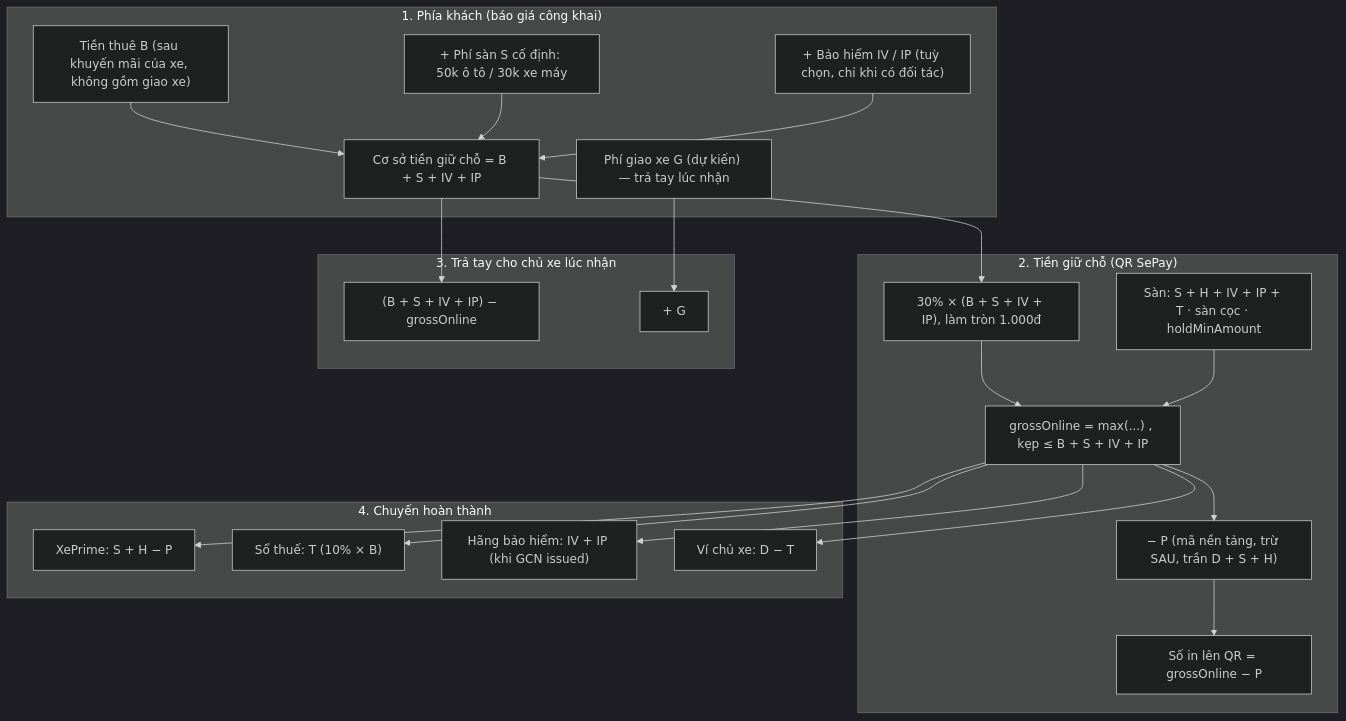
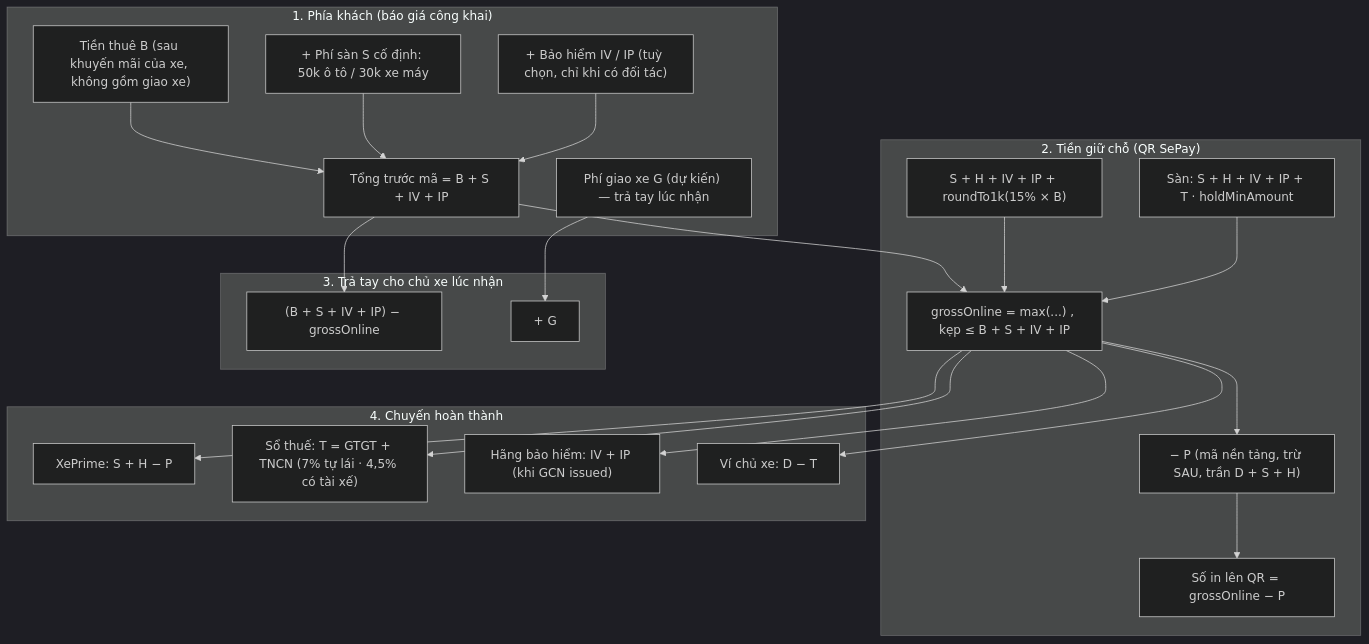
The first of 2 diagrams in docs/financial-system-architecture.md (daihanhbvt/xeprime), drawn with Mermaid (dark theme) before and after one commit. The commit also changed other lines of this file and 289 other files, not shown here.

````diff
--- a/docs/financial-system-architecture.md
+++ b/docs/financial-system-architecture.md
@@ -32,36 +33,37 @@
 ```mermaid
 flowchart TD
     subgraph Khach ["1. Phía khách (báo giá công khai)"]
         Rent["Tiền thuê B (sau khuyến mãi của xe, không gồm giao xe)"]
         Fee["+ Phí sàn S cố định: 50k ô tô / 30k xe máy"]
         Ins["+ Bảo hiểm IV / IP (tuỳ chọn, chỉ khi có đối tác)"]
-        Gross["Cơ sở tiền giữ chỗ = B + S + IV + IP"]
+        Gross["Tổng trước mã = B + S + IV + IP"]
         Deliv["Phí giao xe G (dự kiến) — trả tay lúc nhận"]
         Rent & Fee & Ins --> Gross
     end
 
     subgraph Online ["2. Tiền giữ chỗ (QR SePay)"]
-        Pct["30% × (B + S + IV + IP), làm tròn 1.000đ"]
-        Floor["Sàn: S + H + IV + IP + T · sàn cọc · holdMinAmount"]
+        Pct["S + H + IV + IP + roundTo1k(15% × B)"]
+        Floor["Sàn: S + H + IV + IP + T · holdMinAmount"]
         GOnline["grossOnline = max(...) , kẹp ≤ B + S + IV + IP"]
         Promo["− P (mã nền tảng, trừ SAU, trần D + S + H)"]
         QR["Số in lên QR = grossOnline − P"]
-        Gross --> Pct --> GOnline
+        Gross --> GOnline
+        Pct --> GOnline
         Floor --> GOnline --> Promo --> QR
     end
 
     subgraph Pickup ["3. Trả tay cho chủ xe lúc nhận"]
         Rest["(B + S + IV + IP) − grossOnline"]
         PlusG["+ G"]
         Gross --> Rest
         Deliv --> PlusG
     end
 
     subgraph Settle ["4. Chuyến hoàn thành"]
         Plat["XePrime: S + H − P"]
-        Tax["Sổ thuế: T (10% × B)"]
+        Tax["Sổ thuế: T = GTGT + TNCN (7% tự lái · 4,5% có tài xế)"]
         Insurer["Hãng bảo hiểm: IV + IP (khi GCN issued)"]
         Wallet["Ví chủ xe: D − T"]
         GOnline --> Plat & Tax & Insurer & Wallet
     end
 ```
````
